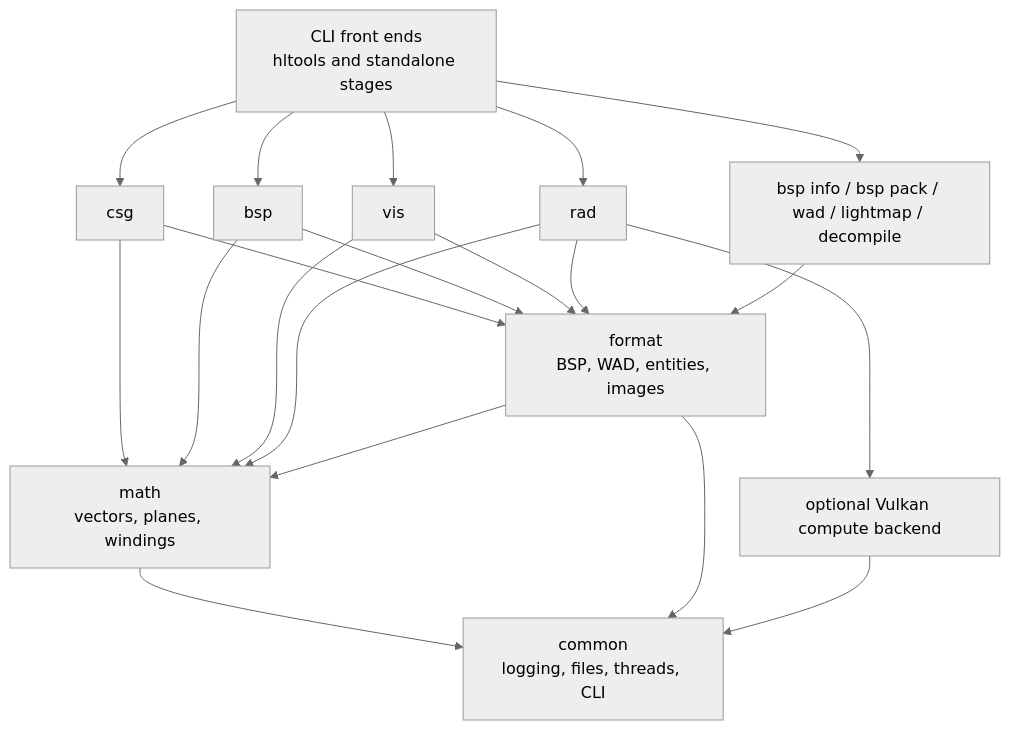
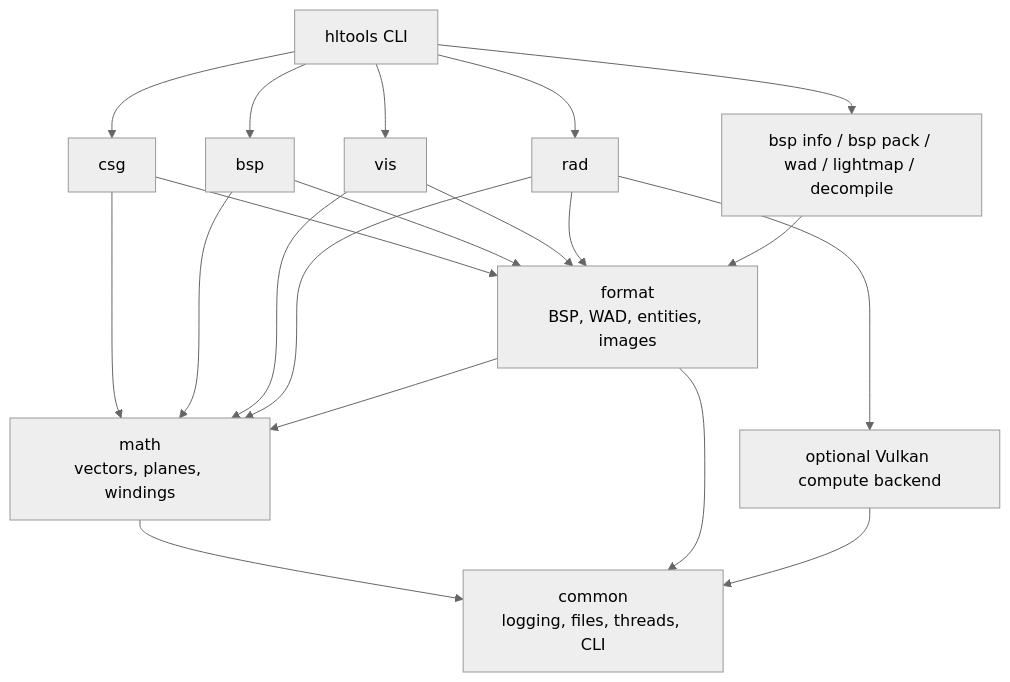
The third of 3 diagrams in README.md (speedrun-16/hltools), drawn with Mermaid (neutral theme) before and after one commit. The commit also changed other lines of this file, not shown here.

````diff
--- a/README.md
+++ b/README.md
@@ -764,22 +840,22 @@
 ```mermaid
 flowchart TD
-    CLI["CLI front ends<br/>hltools and standalone stages"] --> CSG["csg"]
+    CLI["hltools CLI"] --> CSG["csg"]
     CLI --> BSP["bsp"]
     CLI --> VIS["vis"]
     CLI --> RAD["rad"]
     CLI --> UTIL["bsp info / bsp pack / wad / lightmap / decompile"]
     RAD --> GPU["optional Vulkan compute backend"]
     CSG --> FORMAT["format<br/>BSP, WAD, entities, images"]
     BSP --> FORMAT
     VIS --> FORMAT
     RAD --> FORMAT
     UTIL --> FORMAT
     CSG --> MATH["math<br/>vectors, planes, windings"]
     BSP --> MATH
     VIS --> MATH
     RAD --> MATH
     FORMAT --> MATH
     MATH --> COMMON["common<br/>logging, files, threads, CLI"]
     FORMAT --> COMMON
     GPU --> COMMON
 ```
````
